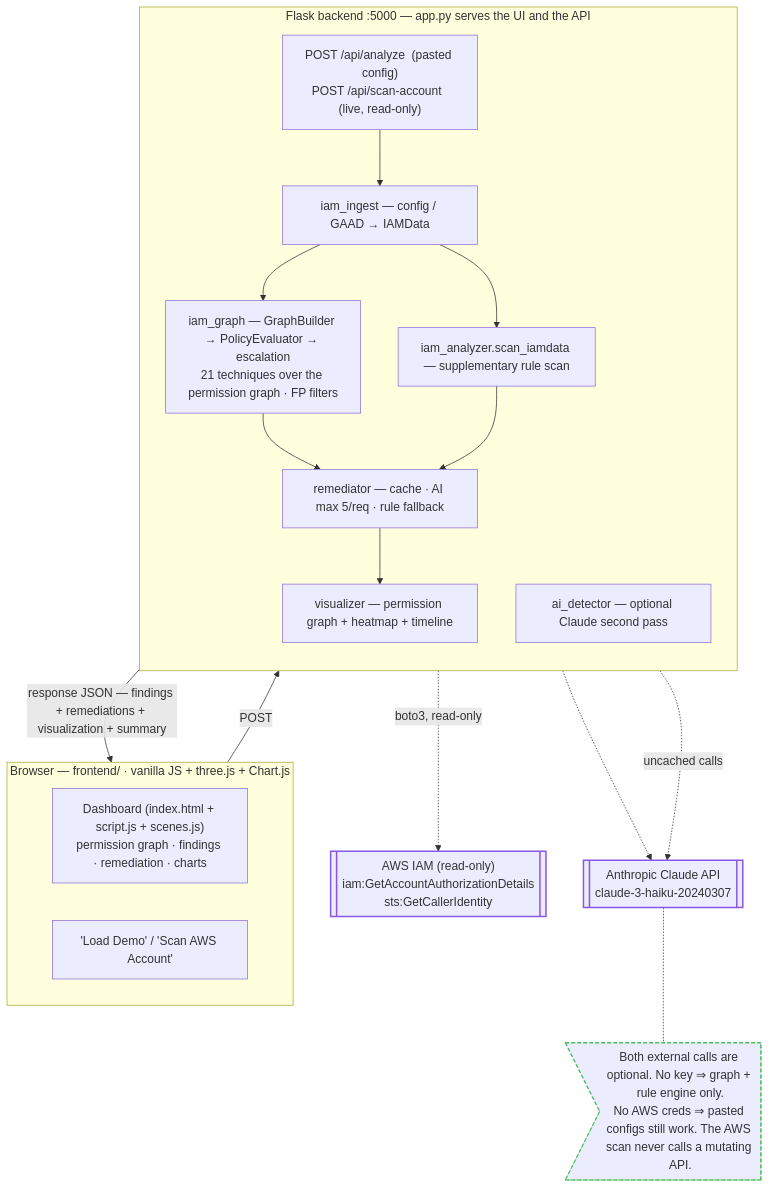
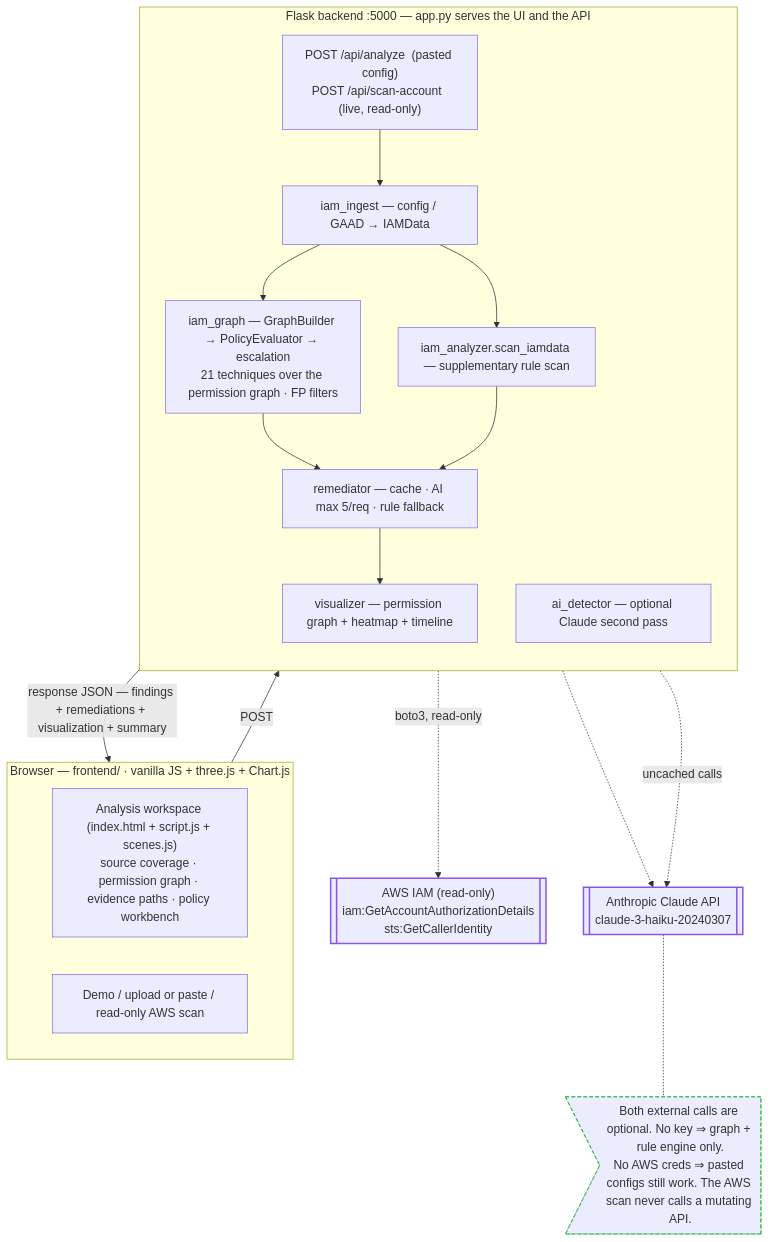
One commit to adnannazirahmed/Winnow-1.1 changed the diagram in README.md. Above: the diagram before and after it, drawn with Mermaid. The commit also changed other lines of this file and 13 other files, not shown here.

Commit message:
Build evidence-first IAM analysis workflow

````diff
--- a/README.md
+++ b/README.md
@@ -27,37 +30,37 @@
 ```mermaid
 flowchart TB
     subgraph browser["Browser — frontend/ · vanilla JS + three.js + Chart.js"]
         direction LR
-        ui["Dashboard (index.html + script.js + scenes.js)<br/>permission graph · findings · remediation · charts"]
-        demo["'Load Demo' / 'Scan AWS Account'"]
+        ui["Analysis workspace (index.html + script.js + scenes.js)<br/>source coverage · permission graph · evidence paths · policy workbench"]
+        sources["Demo / upload or paste / read-only AWS scan"]
     end
 
     subgraph backend["Flask backend :5000 — app.py serves the UI and the API"]
         direction TB
         api["POST /api/analyze  (pasted config)<br/>POST /api/scan-account  (live, read-only)"]
         ingest["iam_ingest — config / GAAD → IAMData"]
         grapheng["iam_graph — GraphBuilder → PolicyEvaluator → escalation<br/>21 techniques over the permission graph · FP filters"]
         rules["iam_analyzer.scan_iamdata — supplementary rule scan"]
         detector["ai_detector — optional Claude second pass"]
         remediator["remediator — cache · AI max 5/req · rule fallback"]
         visualizer["visualizer — permission graph + heatmap + timeline"]
         api --> ingest --> grapheng --> remediator --> visualizer
         ingest --> rules --> remediator
     end
 
     aws[["AWS IAM (read-only)<br/>iam:GetAccountAuthorizationDetails<br/>sts:GetCallerIdentity"]]
     claude[["Anthropic Claude API<br/>claude-3-haiku-20240307"]]
     note>"Both external calls are optional. No key ⇒ graph + rule engine only.<br/>No AWS creds ⇒ pasted configs still work. The AWS scan never calls a mutating API."]
 
-    demo -->|"POST"| api
+    sources -->|"POST"| api
     visualizer -->|"response JSON — findings + remediations + visualization + summary"| ui
     api -.->|"boto3, read-only"| aws
     detector -.-> claude
     remediator -.->|"uncached calls"| claude
     claude -.- note
 
     classDef external stroke:#8957e5,stroke-width:2px
     classDef muted stroke:#3fb950,stroke-width:1px,stroke-dasharray:5 3
     class aws,claude external
     class note muted
 ```
````
